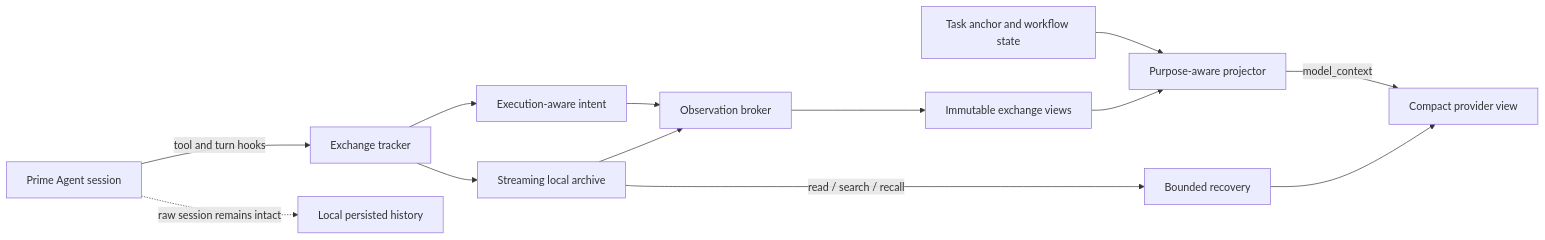
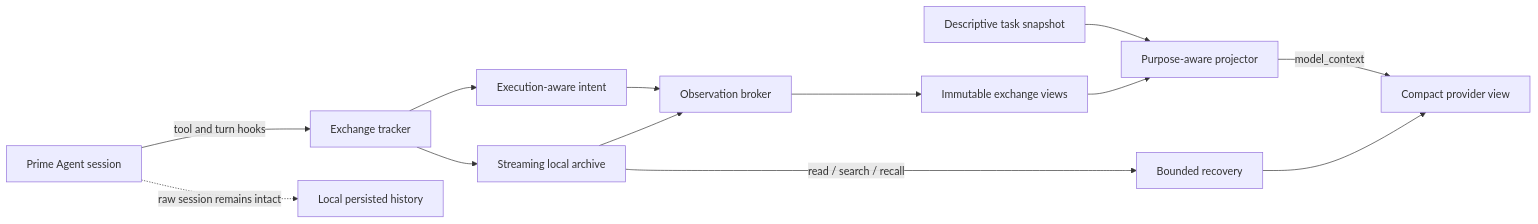
Before and after one commit to BaseModelAI/prime-context: the diagram in README.md, drawn with Mermaid. The commit also changed other lines of this file and 720 other files, not shown here.

````diff
--- a/README.md
+++ b/README.md
@@ -204,15 +126,15 @@
 ```mermaid
 flowchart LR
     A[Prime Agent session] -->|tool and turn hooks| B[Exchange tracker]
     B --> C[Execution-aware intent]
     B --> D[Streaming local archive]
     C --> E[Observation broker]
     D --> E
     E --> F[Immutable exchange views]
-    G[Task anchor and workflow state] --> H[Purpose-aware projector]
+    G[Descriptive task snapshot] --> H[Purpose-aware projector]
     F --> H
     H -->|model_context| I[Compact provider view]
     D -->|read / search / recall| J[Bounded recovery]
     J --> I
     A -. raw session remains intact .-> K[Local persisted history]
 ```
````
